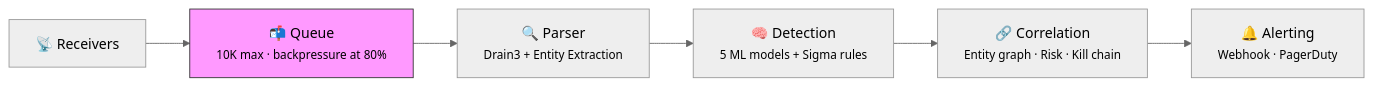
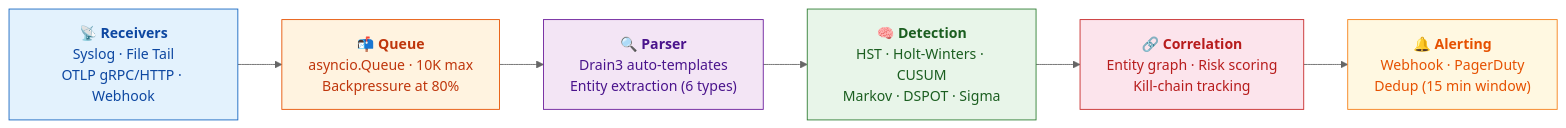
Before and after one commit to seerflow/seerflow-guide: the diagram in docs/architecture/index.md, drawn with Mermaid (neutral theme). The commit also changed 2 other files, not shown here.

Commit message:
fix: diagram readability — larger Pipeline Overview, boxed Event Lifecycle, high-contrast Drain3 tree
- index.md: Pipeline Overview nodes expanded with 3-line descriptions, color-coded per stage
- pipeline.md: Event Lifecycle uses colored participant boxes with detailed Note annotations
- parsing.md: Cluster 42 uses dark green fill with white text (was pale green with invisible text)

````diff
--- a/docs/architecture/index.md
+++ b/docs/architecture/index.md
@@ -33,10 +33,18 @@
 ```mermaid
 graph LR
-    A["📡 Receivers"] --> B["📬 Queue<br/><small>10K max · backpressure at 80%</small>"]
-    B --> C["🔍 Parser<br/><small>Drain3 + Entity Extraction</small>"]
-    C --> D["🧠 Detection<br/><small>5 ML models + Sigma rules</small>"]
-    D --> E["🔗 Correlation<br/><small>Entity graph · Risk · Kill chain</small>"]
-    E --> F["🔔 Alerting<br/><small>Webhook · PagerDuty</small>"]
+    A["📡 <b>Receivers</b><br/>Syslog · File Tail<br/>OTLP gRPC/HTTP · Webhook"]
+    B["📬 <b>Queue</b><br/>asyncio.Queue · 10K max<br/>Backpressure at 80%"]
+    C["🔍 <b>Parser</b><br/>Drain3 auto-templates<br/>Entity extraction (6 types)"]
+    D["🧠 <b>Detection</b><br/>HST · Holt-Winters · CUSUM<br/>Markov · DSPOT · Sigma"]
+    E["🔗 <b>Correlation</b><br/>Entity graph · Risk scoring<br/>Kill-chain tracking"]
+    F["🔔 <b>Alerting</b><br/>Webhook · PagerDuty<br/>Dedup (15 min window)"]
 
-    style B fill:#f9f,stroke:#333,stroke-width:1px
+    A --> B --> C --> D --> E --> F
+
+    style A fill:#e3f2fd,stroke:#1565c0,color:#0d47a1
+    style B fill:#fff3e0,stroke:#e65100,color:#bf360c
+    style C fill:#f3e5f5,stroke:#6a1b9a,color:#4a148c
+    style D fill:#e8f5e9,stroke:#2e7d32,color:#1b5e20
+    style E fill:#fce4ec,stroke:#c62828,color:#b71c1c
+    style F fill:#fff8e1,stroke:#f57f17,color:#e65100
 ```
````
